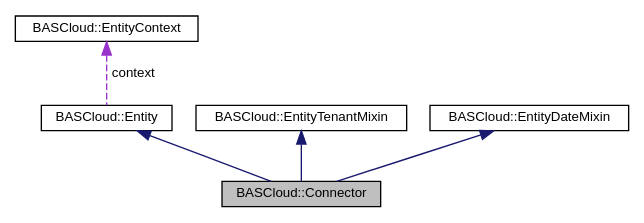
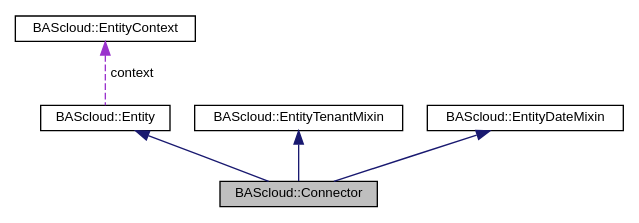
Before and after one commit to bascloud/BAScloudAPI: the diagram in classBASCloud_1_1Connector__coll__graph.dot, drawn with Graphviz. The commit also changed 193 other files, not shown here.

```diff
--- a/classBASCloud_1_1Connector__coll__graph.dot
+++ b/classBASCloud_1_1Connector__coll__graph.dot
@@ -1,15 +1,15 @@
-digraph "BASCloud::Connector"
+digraph "BAScloud::Connector"
 {
  // LATEX_PDF_SIZE
   edge [fontname="Helvetica",fontsize="10",labelfontname="Helvetica",labelfontsize="10"];
   node [fontname="Helvetica",fontsize="10",shape=record];
-  Node1 [label="BASCloud::Connector",height=0.2,width=0.4,color="black", fillcolor="grey75", style="filled", fontcolor="black",tooltip="A Connector entity represents a BASCloud Connector in a property/building."];
+  Node1 [label="BAScloud::Connector",height=0.2,width=0.4,color="black", fillcolor="grey75", style="filled", fontcolor="black",tooltip="A Connector entity represents a BAScloud Connector in a property/building."];
   Node2 -> Node1 [dir="back",color="midnightblue",fontsize="10",style="solid",fontname="Helvetica"];
-  Node2 [label="BASCloud::Entity",height=0.2,width=0.4,color="black", fillcolor="white", style="filled",URL="$classBASCloud_1_1Entity.html",tooltip="Base class modeling a BASCloud entity."];
+  Node2 [label="BAScloud::Entity",height=0.2,width=0.4,color="black", fillcolor="white", style="filled",URL="$classBAScloud_1_1Entity.html",tooltip="Base class modeling a BAScloud entity."];
   Node3 -> Node2 [dir="back",color="darkorchid3",fontsize="10",style="dashed",label=" context" ,fontname="Helvetica"];
-  Node3 [label="BASCloud::EntityContext",height=0.2,width=0.4,color="black", fillcolor="white", style="filled",URL="$classBASCloud_1_1EntityContext.html",tooltip="The EntityContext class provides a high-level abstraction to access the BASCloud API endpoint functio..."];
+  Node3 [label="BAScloud::EntityContext",height=0.2,width=0.4,color="black", fillcolor="white", style="filled",URL="$classBAScloud_1_1EntityContext.html",tooltip="The EntityContext class provides a high-level abstraction to access the BAScloud API endpoint functio..."];
   Node4 -> Node1 [dir="back",color="midnightblue",fontsize="10",style="solid",fontname="Helvetica"];
-  Node4 [label="BASCloud::EntityTenantMixin",height=0.2,width=0.4,color="black", fillcolor="white", style="filled",URL="$classBASCloud_1_1EntityTenantMixin.html",tooltip="Mixin class that adds functionality and attributes to associate a Tenant to a Entity object."];
+  Node4 [label="BAScloud::EntityTenantMixin",height=0.2,width=0.4,color="black", fillcolor="white", style="filled",URL="$classBAScloud_1_1EntityTenantMixin.html",tooltip="Mixin class that adds functionality and attributes to associate a Tenant to a Entity object."];
   Node5 -> Node1 [dir="back",color="midnightblue",fontsize="10",style="solid",fontname="Helvetica"];
-  Node5 [label="BASCloud::EntityDateMixin",height=0.2,width=0.4,color="black", fillcolor="white", style="filled",URL="$classBASCloud_1_1EntityDateMixin.html",tooltip="Mixin class that adds datetime functionality and attributes."];
+  Node5 [label="BAScloud::EntityDateMixin",height=0.2,width=0.4,color="black", fillcolor="white", style="filled",URL="$classBAScloud_1_1EntityDateMixin.html",tooltip="Mixin class that adds datetime functionality and attributes."];
 }
```
